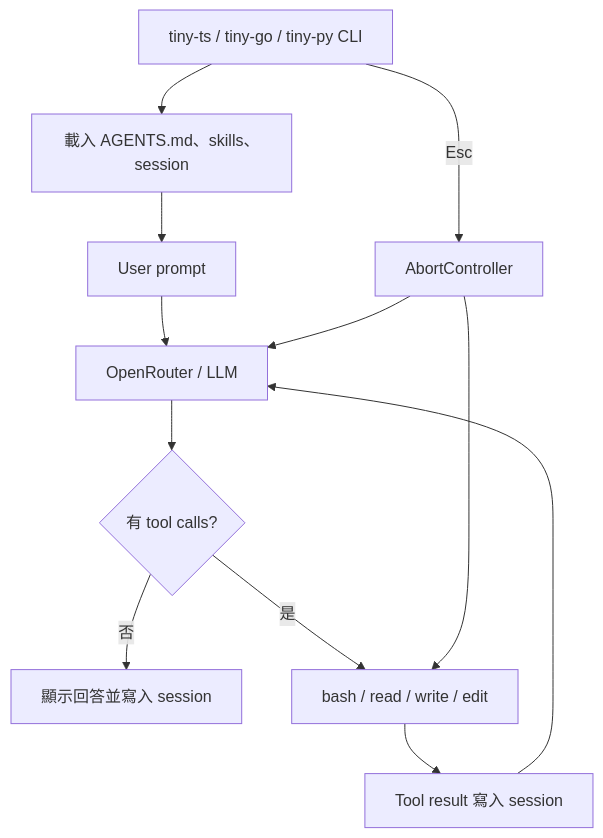
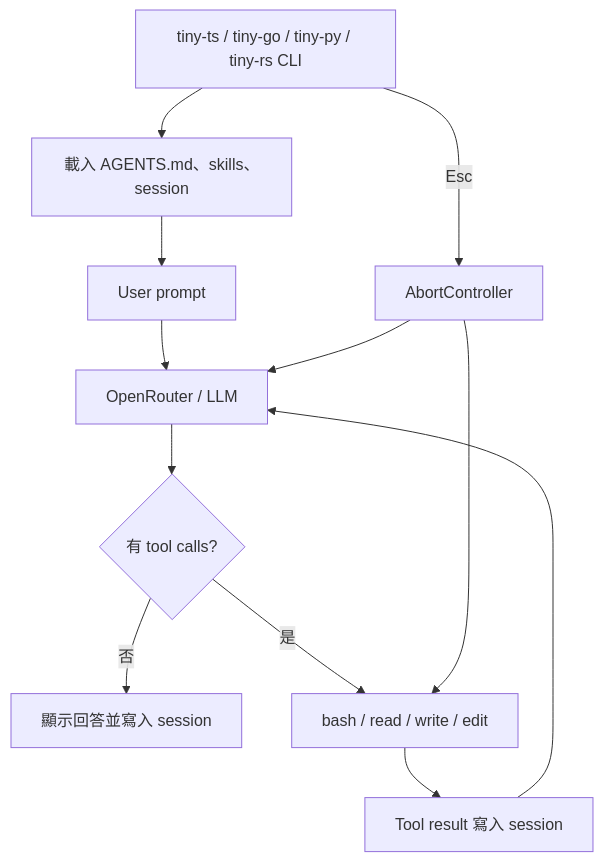
The diagram in README.md (geminixiang/tiny-agent), drawn with Mermaid before and after one commit. The commit also changed other lines of this file and 8 other files, not shown here.

````diff
--- a/README.md
+++ b/README.md
@@ -11,14 +11,14 @@
 ```mermaid
 flowchart TD
-    CLI["tiny-ts / tiny-go / tiny-py CLI"] --> Context["載入 AGENTS.md、skills、session"]
+    CLI["tiny-ts / tiny-go / tiny-py / tiny-rs CLI"] --> Context["載入 AGENTS.md、skills、session"]
     Context --> User["User prompt"]
     User --> Model["OpenRouter / LLM"]
     Model --> Decision{"有 tool calls?"}
     Decision -- 否 --> Answer["顯示回答並寫入 session"]
     Decision -- 是 --> Tools["bash / read / write / edit"]
     Tools --> Result["Tool result 寫入 session"]
     Result --> Model
     CLI -- Esc --> Abort["AbortController"]
     Abort --> Model
     Abort --> Tools
 ```
````
